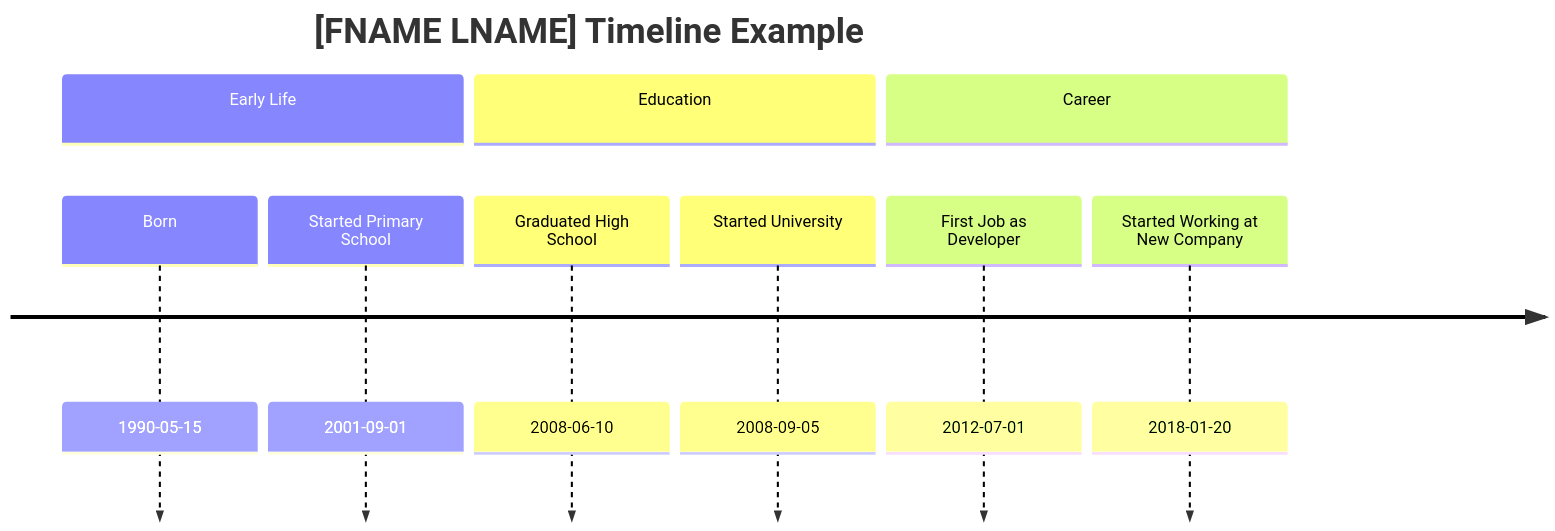
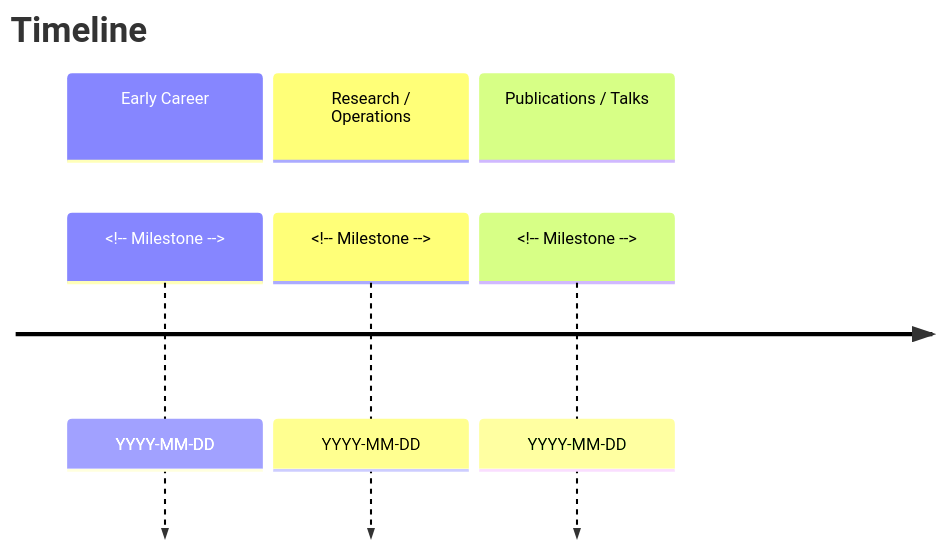
Before and after one commit to Anam0x/Adversary-Simulation-Zettelkasten: the diagram in Adversary Simulation Zettelkasten/04 - Templates/04 - Content/Biography/Body.md, drawn with Mermaid. The commit also changed other lines of this file and 38 other files, not shown here.

````diff
--- a/Adversary Simulation Zettelkasten/04 - Templates/04 - Content/Biography/Body.md
+++ b/Adversary Simulation Zettelkasten/04 - Templates/04 - Content/Biography/Body.md
@@ -9,13 +13,10 @@
 ```mermaid
 timeline
-    title [FNAME LNAME] Timeline Example
-    section Early Life
-        Born : 1990-05-15
-        Started Primary School : 2001-09-01
-    section Education
-        Graduated High School : 2008-06-10
-        Started University : 2008-09-05
-    section Career
-        First Job as Developer : 2012-07-01
-        Started Working at New Company : 2018-01-20
+    title Timeline
+    section Early Career
+        <!-- Milestone --> : YYYY-MM-DD
+    section Research / Operations
+        <!-- Milestone --> : YYYY-MM-DD
+    section Publications / Talks
+        <!-- Milestone --> : YYYY-MM-DD
 ```
````
